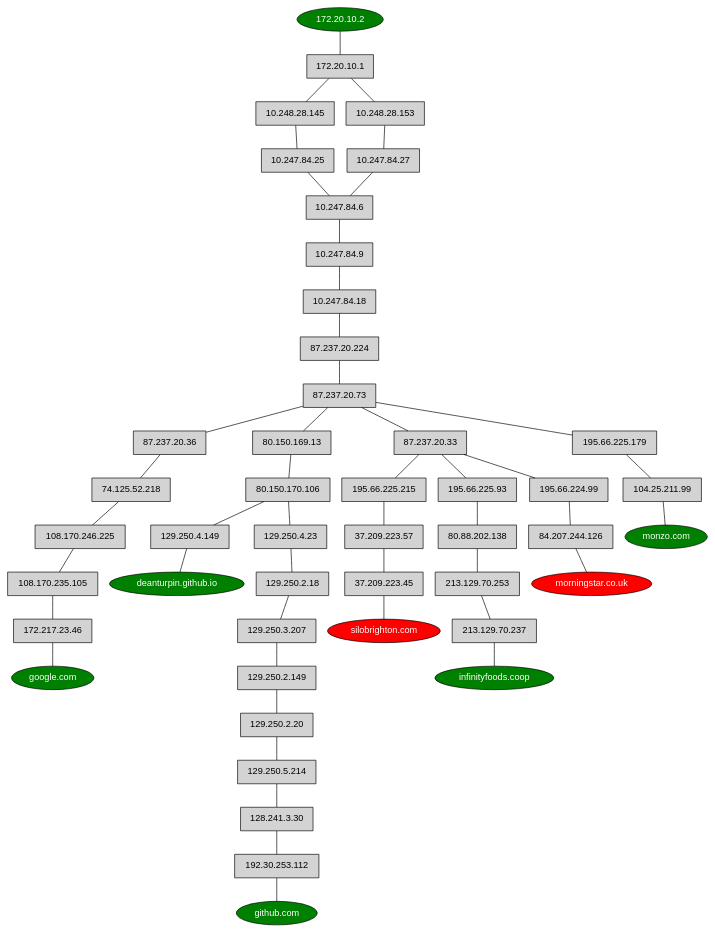
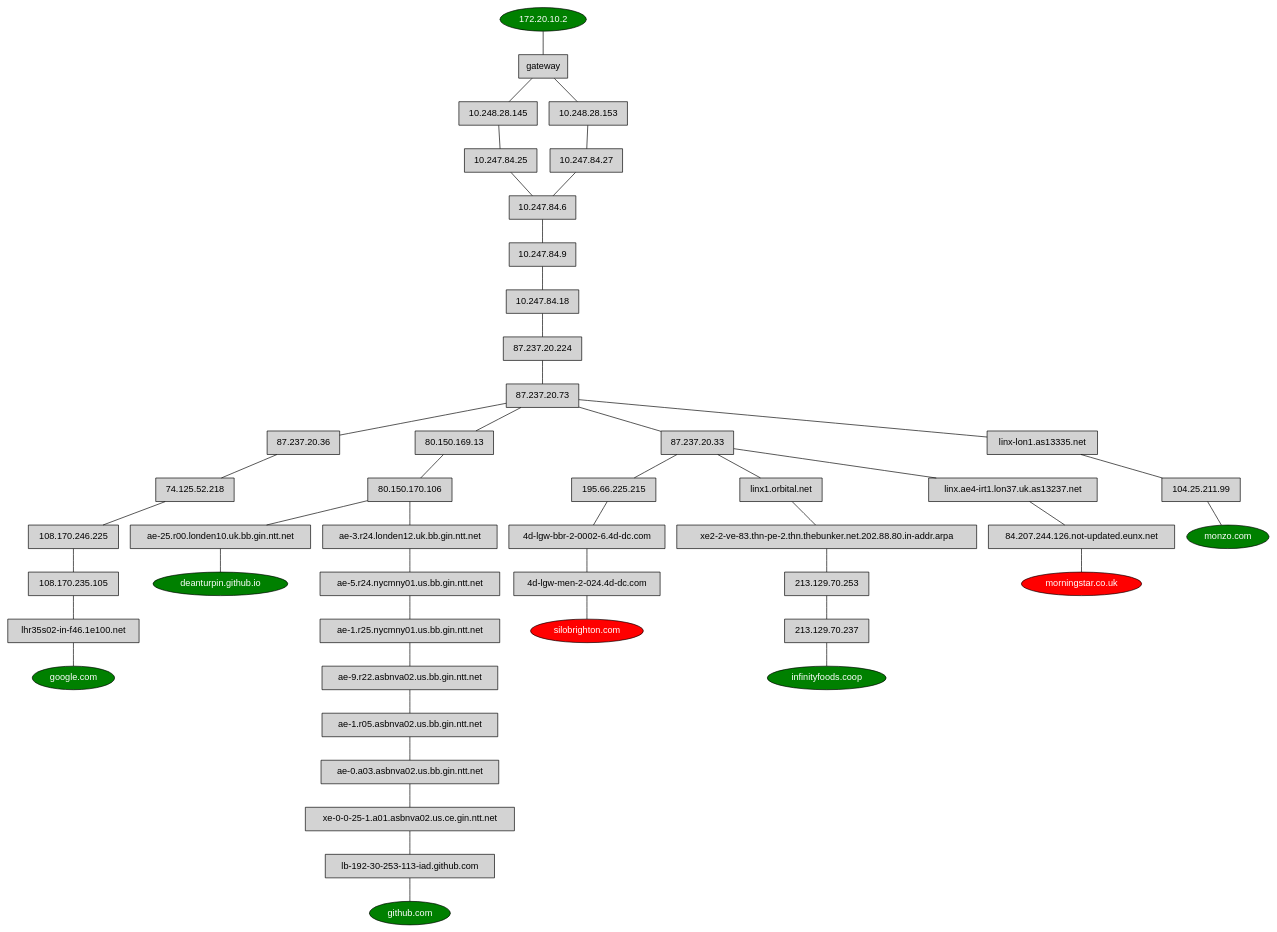
The diagram in example.dot (deanturpin/hosts2dot), drawn with Graphviz before and after one commit. The commit also changed 2 other files, not shown here.

```diff
--- a/example.dot
+++ b/example.dot
@@ -1,20 +1,20 @@
 strict graph {
 
   node [shape=rectangle style=filled fontname=helvetica]
   "soy yo" [label="172.20.10.2" fillcolor=green shape=oval fontcolor=white]
 
   "google.com" [fillcolor=green shape=oval fontcolor=white]
   "deanturpin.github.io" [fillcolor=green shape=oval fontcolor=white]
   "github.com" [fillcolor=green shape=oval fontcolor=white]
   "silobrighton.com" [fillcolor=red shape=oval fontcolor=white]
   "monzo.com" [fillcolor=green shape=oval fontcolor=white]
   "infinityfoods.coop" [fillcolor=green shape=oval fontcolor=white]
   "morningstar.co.uk" [fillcolor=red shape=oval fontcolor=white]
-  "soy yo"--"172.20.10.1"--"10.248.28.145"--"10.247.84.25"--"10.247.84.6"--"10.247.84.9"--"10.247.84.18"--"87.237.20.224"--"87.237.20.73"--"87.237.20.36"--"74.125.52.218"--"108.170.246.225"--"108.170.235.105"--"172.217.23.46"--"google.com"
-  "soy yo"--"172.20.10.1"--"10.248.28.153"--"10.247.84.27"--"10.247.84.6"--"10.247.84.9"--"10.247.84.18"--"87.237.20.224"--"87.237.20.73"--"80.150.169.13"--"80.150.170.106"--"129.250.4.149"--"deanturpin.github.io"
-  "soy yo"--"172.20.10.1"--"10.248.28.145"--"10.247.84.25"--"10.247.84.6"--"10.247.84.9"--"10.247.84.18"--"87.237.20.224"--"87.237.20.73"--"80.150.169.13"--"80.150.170.106"--"129.250.4.23"--"129.250.2.18"--"129.250.3.207"--"129.250.2.149"--"129.250.2.20"--"129.250.5.214"--"128.241.3.30"--"192.30.253.112"--"github.com"
-  "soy yo"--"172.20.10.1"--"10.248.28.145"--"10.247.84.25"--"10.247.84.6"--"10.247.84.9"--"10.247.84.18"--"87.237.20.224"--"87.237.20.73"--"87.237.20.33"--"195.66.225.215"--"37.209.223.57"--"37.209.223.45"--"silobrighton.com"
-  "soy yo"--"172.20.10.1"--"10.248.28.153"--"10.247.84.27"--"10.247.84.6"--"10.247.84.9"--"10.247.84.18"--"87.237.20.224"--"87.237.20.73"--"195.66.225.179"--"104.25.211.99"--"monzo.com"
-  "soy yo"--"172.20.10.1"--"10.248.28.145"--"10.247.84.25"--"10.247.84.6"--"10.247.84.9"--"10.247.84.18"--"87.237.20.224"--"87.237.20.73"--"87.237.20.33"--"195.66.225.93"--"80.88.202.138"--"213.129.70.253"--"213.129.70.237"--"infinityfoods.coop"
-  "soy yo"--"172.20.10.1"--"10.248.28.153"--"10.247.84.27"--"10.247.84.6"--"10.247.84.9"--"10.247.84.18"--"87.237.20.224"--"87.237.20.73"--"87.237.20.33"--"195.66.224.99"--"84.207.244.126"--"morningstar.co.uk"
+  "soy yo"--"gateway"--"10.248.28.145"--"10.247.84.25"--"10.247.84.6"--"10.247.84.9"--"10.247.84.18"--"87.237.20.224"--"87.237.20.73"--"87.237.20.36"--"74.125.52.218"--"108.170.246.225"--"108.170.235.105"--"lhr35s02-in-f46.1e100.net"--"google.com"
+  "soy yo"--"gateway"--"10.248.28.153"--"10.247.84.27"--"10.247.84.6"--"10.247.84.9"--"10.247.84.18"--"87.237.20.224"--"87.237.20.73"--"80.150.169.13"--"80.150.170.106"--"ae-25.r00.londen10.uk.bb.gin.ntt.net"--"deanturpin.github.io"
+  "soy yo"--"gateway"--"10.248.28.153"--"10.247.84.27"--"10.247.84.6"--"10.247.84.9"--"10.247.84.18"--"87.237.20.224"--"87.237.20.73"--"80.150.169.13"--"80.150.170.106"--"ae-3.r24.londen12.uk.bb.gin.ntt.net"--"ae-5.r24.nycmny01.us.bb.gin.ntt.net"--"ae-1.r25.nycmny01.us.bb.gin.ntt.net"--"ae-9.r22.asbnva02.us.bb.gin.ntt.net"--"ae-1.r05.asbnva02.us.bb.gin.ntt.net"--"ae-0.a03.asbnva02.us.bb.gin.ntt.net"--"xe-0-0-25-1.a01.asbnva02.us.ce.gin.ntt.net"--"lb-192-30-253-113-iad.github.com"--"github.com"
+  "soy yo"--"gateway"--"10.248.28.145"--"10.247.84.25"--"10.247.84.6"--"10.247.84.9"--"10.247.84.18"--"87.237.20.224"--"87.237.20.73"--"87.237.20.33"--"195.66.225.215"--"4d-lgw-bbr-2-0002-6.4d-dc.com"--"4d-lgw-men-2-024.4d-dc.com"--"silobrighton.com"
+  "soy yo"--"gateway"--"10.248.28.153"--"10.247.84.27"--"10.247.84.6"--"10.247.84.9"--"10.247.84.18"--"87.237.20.224"--"87.237.20.73"--"linx-lon1.as13335.net"--"104.25.211.99"--"monzo.com"
+  "soy yo"--"gateway"--"10.248.28.145"--"10.247.84.25"--"10.247.84.6"--"10.247.84.9"--"10.247.84.18"--"87.237.20.224"--"87.237.20.73"--"87.237.20.33"--"linx1.orbital.net"--"xe2-2-ve-83.thn-pe-2.thn.thebunker.net.202.88.80.in-addr.arpa"--"213.129.70.253"--"213.129.70.237"--"infinityfoods.coop"
+  "soy yo"--"gateway"--"10.248.28.153"--"10.247.84.27"--"10.247.84.6"--"10.247.84.9"--"10.247.84.18"--"87.237.20.224"--"87.237.20.73"--"87.237.20.33"--"linx.ae4-irt1.lon37.uk.as13237.net"--"84.207.244.126.not-updated.eunx.net"--"morningstar.co.uk"
 }
```
